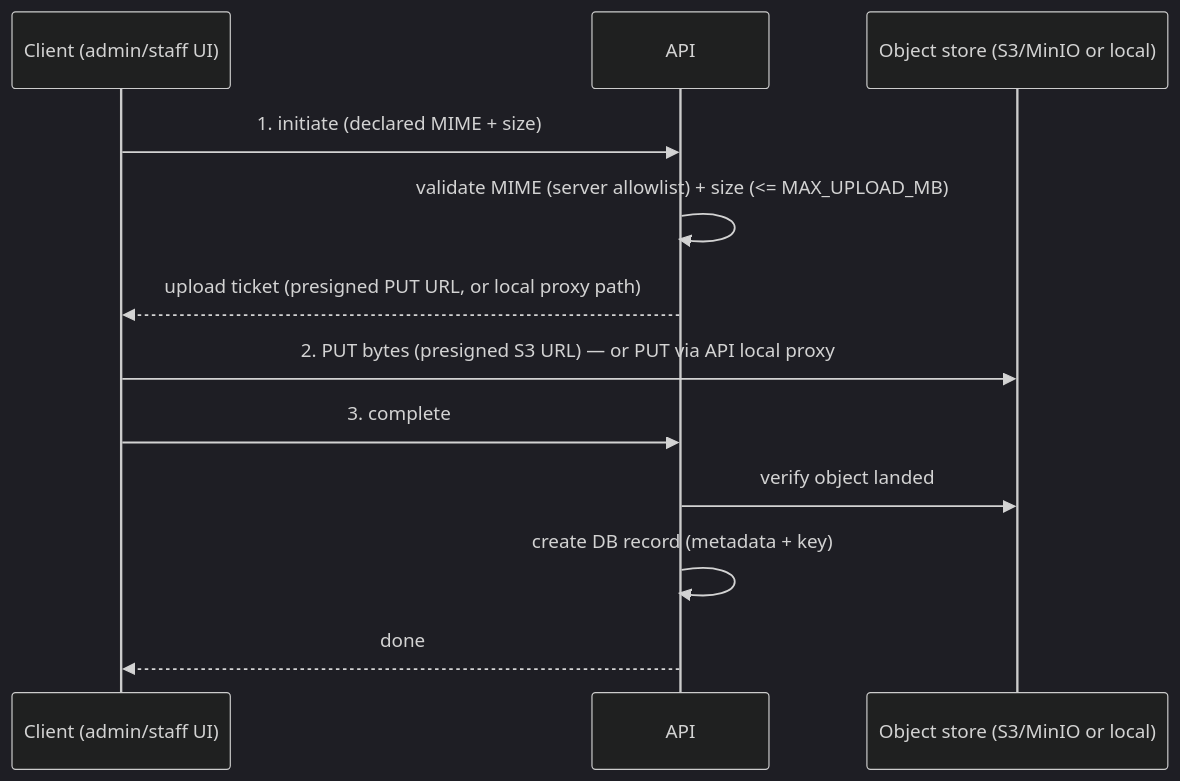
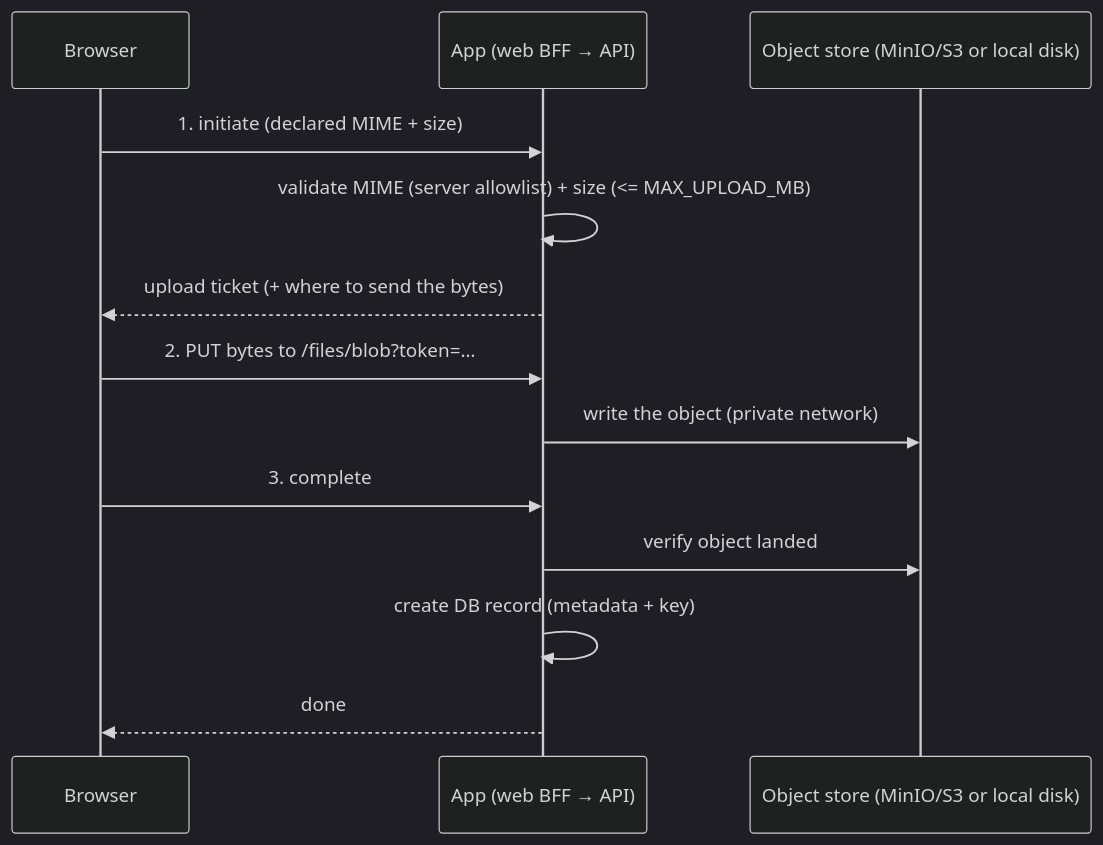
Before and after one commit to hisham7961/InfluenceOS: the diagram in docs/OBJECT_STORAGE.md, drawn with Mermaid (dark theme). The commit also changed other lines of this file and 39 other files, not shown here.

First line of the commit message:
Send uploads and downloads through the app by default

````diff
--- a/docs/OBJECT_STORAGE.md
+++ b/docs/OBJECT_STORAGE.md
@@ -43,15 +61,16 @@
 ```mermaid
 sequenceDiagram
-    participant C as Client (admin/staff UI)
-    participant API as API
-    participant S as Object store (S3/MinIO or local)
+    participant C as Browser
+    participant API as App (web BFF → API)
+    participant S as Object store (MinIO/S3 or local disk)
 
     C->>API: 1. initiate (declared MIME + size)
     API->>API: validate MIME (server allowlist) + size (<= MAX_UPLOAD_MB)
-    API-->>C: upload ticket (presigned PUT URL, or local proxy path)
-    C->>S: 2. PUT bytes (presigned S3 URL) — or PUT via API local proxy
+    API-->>C: upload ticket (+ where to send the bytes)
+    C->>API: 2. PUT bytes to /files/blob?token=…
+    API->>S: write the object (private network)
     C->>API: 3. complete
     API->>S: verify object landed
     API->>API: create DB record (metadata + key)
     API-->>C: done
 ```
````
